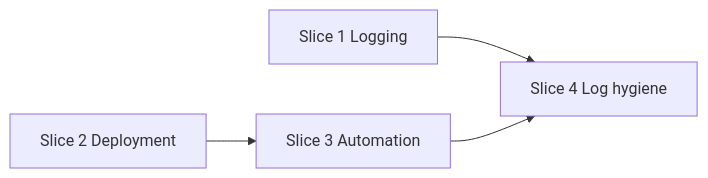
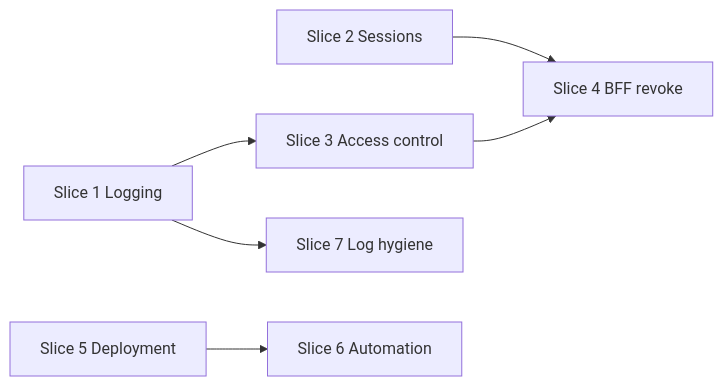
The diagram in docs/v1.1-release-plan.md (elug3/dupli1), drawn with Mermaid before and after one commit. The commit also changed other lines of this file and 3 other files, not shown here.

First line of the commit message:
docs: add sessions and access control to v1.1 plan

````diff
--- a/docs/v1.1-release-plan.md
+++ b/docs/v1.1-release-plan.md
@@ -166,11 +242,16 @@
 ```mermaid
 flowchart LR
   S1[Slice 1 Logging]
-  S2[Slice 2 Deployment]
-  S3[Slice 3 Automation]
-  S4[Slice 4 Log hygiene]
+  S2[Slice 2 Sessions]
+  S3[Slice 3 Access control]
+  S4[Slice 4 BFF revoke]
+  S5[Slice 5 Deployment]
+  S6[Slice 6 Automation]
+  S7[Slice 7 Log hygiene]
 
-  S1 --> S4
-  S2 --> S3
+  S1 --> S3
+  S2 --> S4
   S3 --> S4
+  S5 --> S6
+  S1 --> S7
 ```
````
